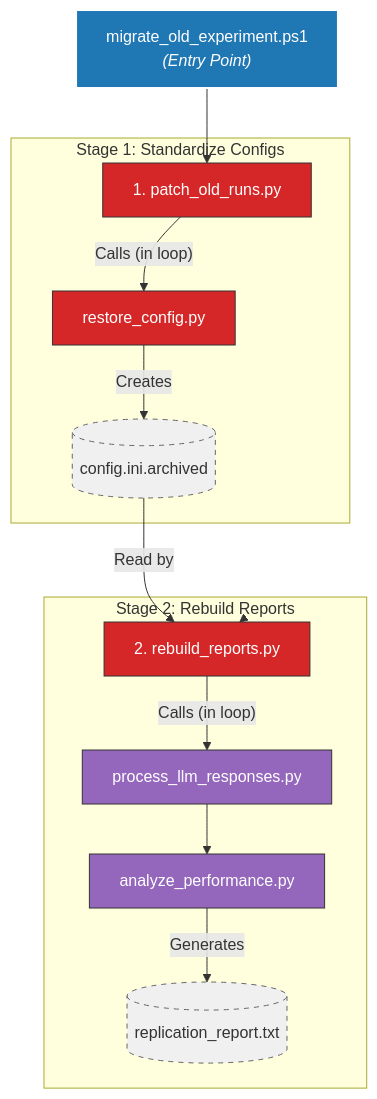
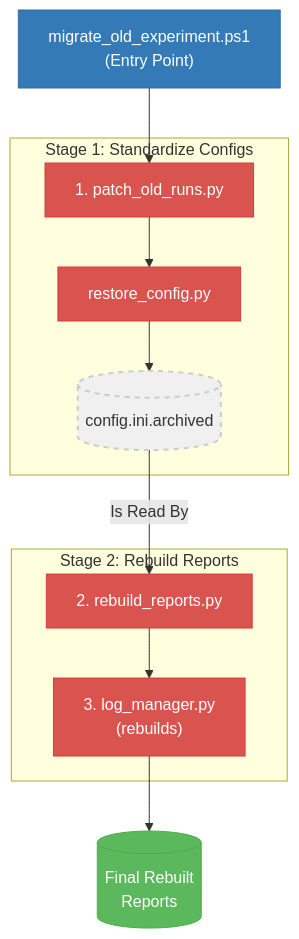
The diagram in docs/diagrams/architecture_workflow_4_migrate_data.mmd (peterjmarko/llm-narrative-framework), drawn with Mermaid before and after one commit. The commit also changed 22 other files, not shown here.

```diff
--- a/docs/diagrams/architecture_workflow_4_migrate_data.mmd
+++ b/docs/diagrams/architecture_workflow_4_migrate_data.mmd
@@ -1,47 +1,27 @@
-graph TD;
-
-    %% --- Style Definitions (Based on Original Palette) ---
-    classDef WorkflowEntry fill:#1f77b4,stroke:#fff,stroke-width:2px,color:#fff;
-    classDef Utility fill:#d62728,stroke:#333,stroke-width:1px,color:#fff;
-    classDef Worker fill:#9467bd,stroke:#333,stroke-width:1px,color:#fff;
-    classDef DataArtifact fill:#f0f0f0,stroke:#666,stroke-width:1px,stroke-dasharray: 5 5,color:#333;
-
-    %% === Top Level Entry Point ===
-    migrate_ps1["migrate_old_experiment.ps1<br/><i>(Entry Point)</i>"]:::WorkflowEntry;
-
-    %% === Stage Definitions ===
+graph TD
+    %% 1. Define all nodes first
+    EntryPoint["migrate_old_experiment.ps1<br/>(Entry Point)"]:::entry
+    
     subgraph "Stage 1: Standardize Configs"
-        patcher["1. patch_old_runs.py"]:::Utility;
-        restore["restore_config.py"]:::Utility;
-        config_archived[("config.ini.archived")]:::DataArtifact;
+        S1_Patch["1. patch_old_runs.py"]:::danger
+        S1_Restore["restore_config.py"]:::danger
+        S1_Art[("config.ini.archived")]:::artifact
     end
 
     subgraph "Stage 2: Rebuild Reports"
-        rebuilder["2. rebuild_reports.py"]:::Utility;
-        stage3["process_llm_responses.py"]:::Worker;
-        stage4["analyze_performance.py"]:::Worker;
-        replication_report[("replication_report.txt")]:::DataArtifact;
+        S2_Rebuild["2. rebuild_reports.py"]:::danger
+        S2_Log["3. log_manager.py<br/>(rebuilds)"]:::danger
     end
-    
-    %% === Define Connections ===
-    
-    %% Entry point connects to the start of the first stage
-    migrate_ps1 --> patcher;
 
-    %% Stage 1 internal flow
-    patcher -->|"Calls (in loop)"| restore;
-    restore -->|"Creates"| config_archived;
+    Final[("Final Rebuilt<br/>Reports")]:::final
 
-    %% Stage 2 internal flow
-    rebuilder -->|"Calls (in loop)"| stage3;
-    stage3 --> stage4;    
-    stage4 -->|"Generates"| replication_report;
+    %% 2. Define connections
+    EntryPoint --> S1_Patch --> S1_Restore --> S1_Art
+    S1_Art -- "Is Read By" --> S2_Rebuild
+    S2_Rebuild --> S2_Log --> Final
 
-    %% Data flow connects the two stages
-    config_archived -->|"Read by"| rebuilder;
-
-    %% --- Layout Hint using an Invisible Link ---
-    %% This link encourages the renderer to place the two top nodes
-    %% of the stages on the same horizontal level.
-    patcher -.-> rebuilder;
-    linkStyle 7 stroke-width:0px;
+    %% 3. Styling
+    classDef entry fill:#337ab7,stroke:#2e6da4,color:#fff;
+    classDef artifact fill:#f0f0f0,stroke:#ccc,stroke-width:2px,stroke-dasharray: 5 5;
+    classDef danger fill:#d9534f,stroke:#d43f3a,color:#fff;
+    classDef final fill:#5cb85c,stroke:#4cae4c,color:#fff;
```
